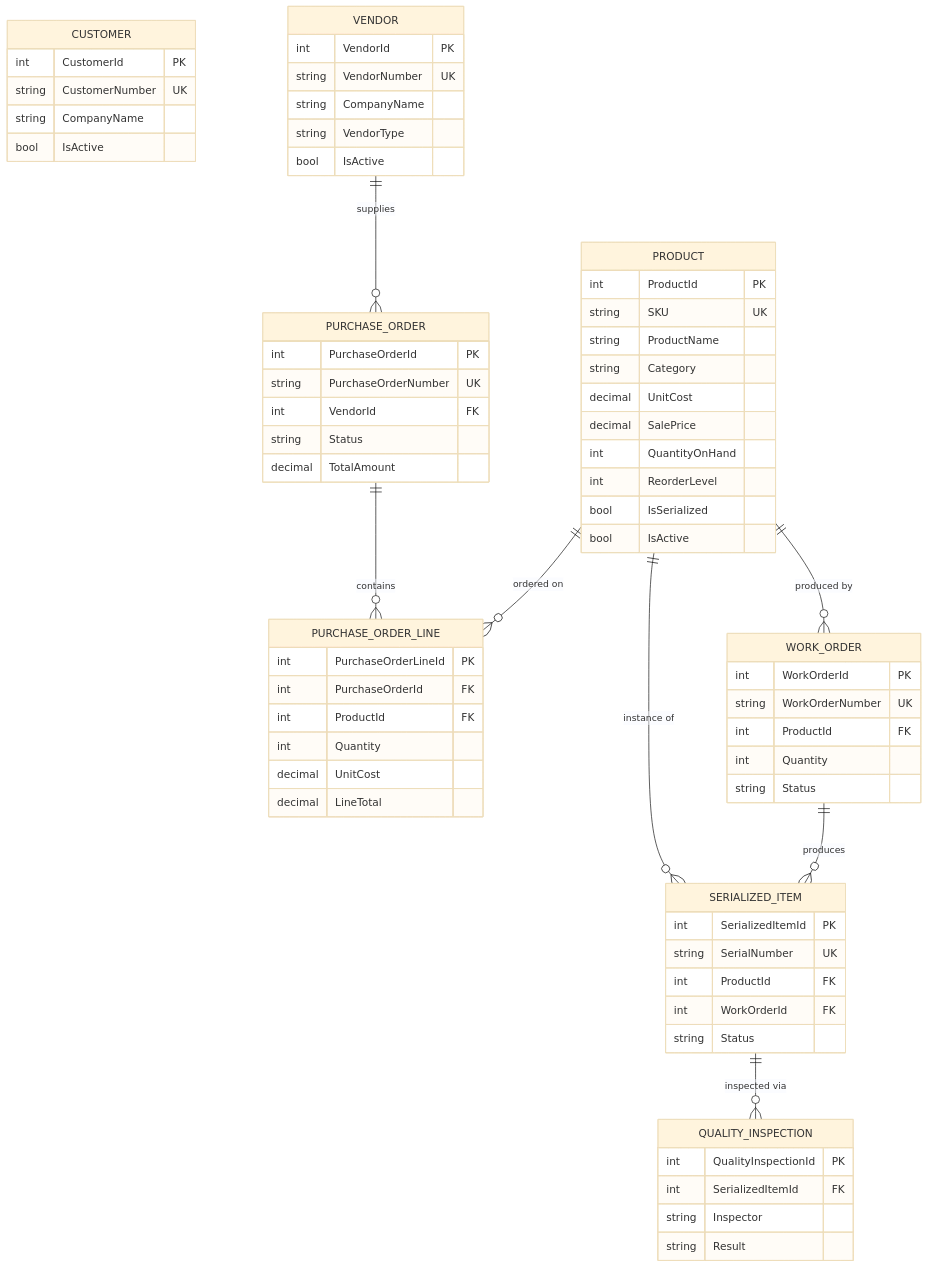
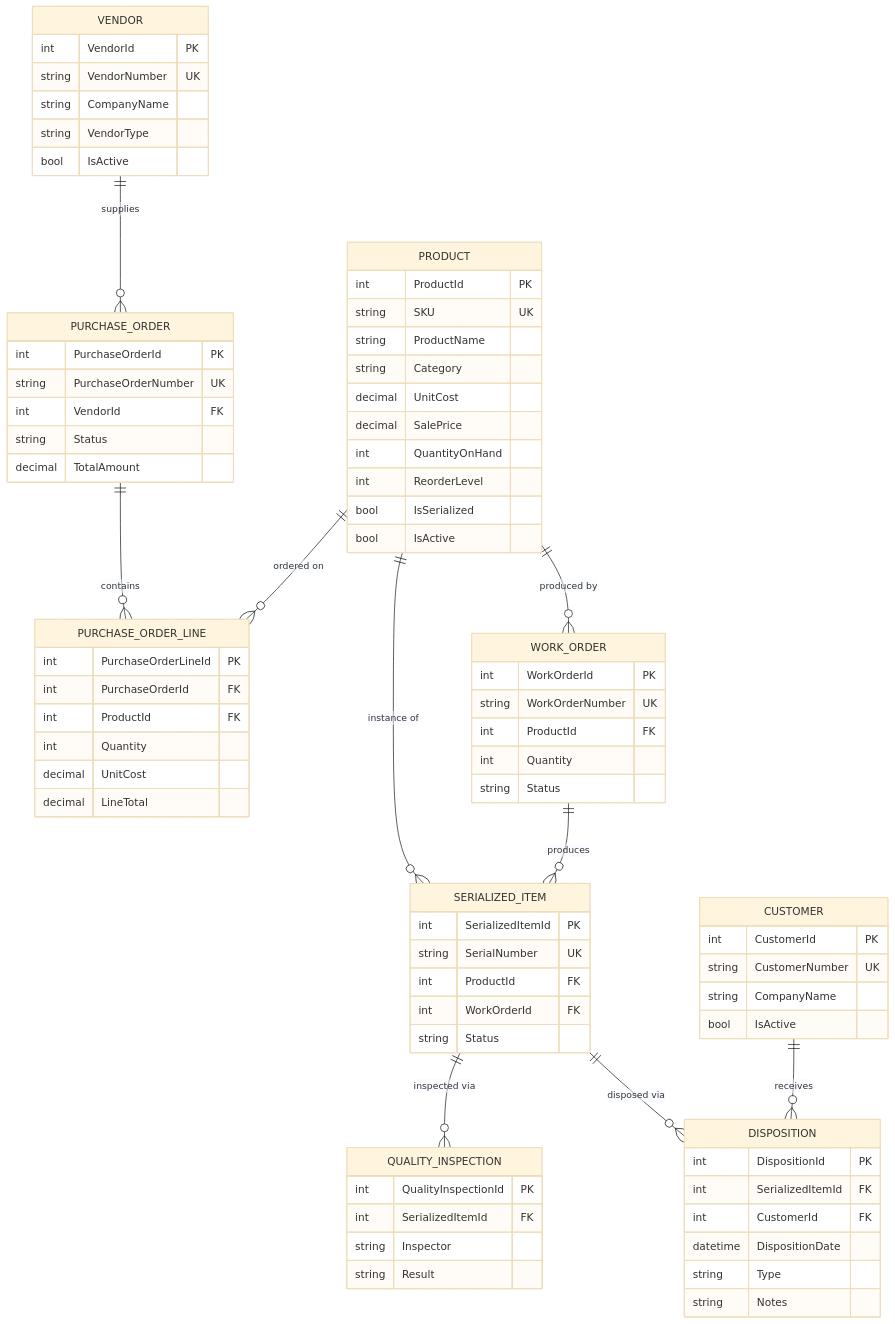
One commit to GetBirned/DartERP changed the diagram in docs/DATABASE.md. Above: the diagram before and after it, drawn with Mermaid (base theme). The commit also changed other lines of this file and 20 other files, not shown here.

````diff
--- a/docs/DATABASE.md
+++ b/docs/DATABASE.md
@@ -7,71 +7,81 @@
 ```mermaid
 erDiagram
     CUSTOMER {
         int CustomerId PK
         string CustomerNumber UK
         string CompanyName
         bool IsActive
     }
     VENDOR {
         int VendorId PK
         string VendorNumber UK
         string CompanyName
         string VendorType
         bool IsActive
     }
     PRODUCT {
         int ProductId PK
         string SKU UK
         string ProductName
         string Category
         decimal UnitCost
         decimal SalePrice
         int QuantityOnHand
         int ReorderLevel
         bool IsSerialized
         bool IsActive
     }
     PURCHASE_ORDER {
         int PurchaseOrderId PK
         string PurchaseOrderNumber UK
         int VendorId FK
         string Status
         decimal TotalAmount
     }
     PURCHASE_ORDER_LINE {
         int PurchaseOrderLineId PK
         int PurchaseOrderId FK
         int ProductId FK
         int Quantity
         decimal UnitCost
         decimal LineTotal
     }
     WORK_ORDER {
         int WorkOrderId PK
         string WorkOrderNumber UK
         int ProductId FK
         int Quantity
         string Status
     }
     SERIALIZED_ITEM {
         int SerializedItemId PK
         string SerialNumber UK
         int ProductId FK
         int WorkOrderId FK
         string Status
     }
     QUALITY_INSPECTION {
         int QualityInspectionId PK
         int SerializedItemId FK
         string Inspector
         string Result
     }
+    DISPOSITION {
+        int DispositionId PK
+        int SerializedItemId FK
+        int CustomerId FK
+        datetime DispositionDate
+        string Type
+        string Notes
+    }
 
     VENDOR ||--o{ PURCHASE_ORDER : "supplies"
     PURCHASE_ORDER ||--o{ PURCHASE_ORDER_LINE : "contains"
     PRODUCT ||--o{ PURCHASE_ORDER_LINE : "ordered on"
     PRODUCT ||--o{ WORK_ORDER : "produced by"
     PRODUCT ||--o{ SERIALIZED_ITEM : "instance of"
     WORK_ORDER ||--o{ SERIALIZED_ITEM : "produces"
     SERIALIZED_ITEM ||--o{ QUALITY_INSPECTION : "inspected via"
+    SERIALIZED_ITEM ||--o{ DISPOSITION : "disposed via"
+    CUSTOMER ||--o{ DISPOSITION : "receives"
 ```
````
